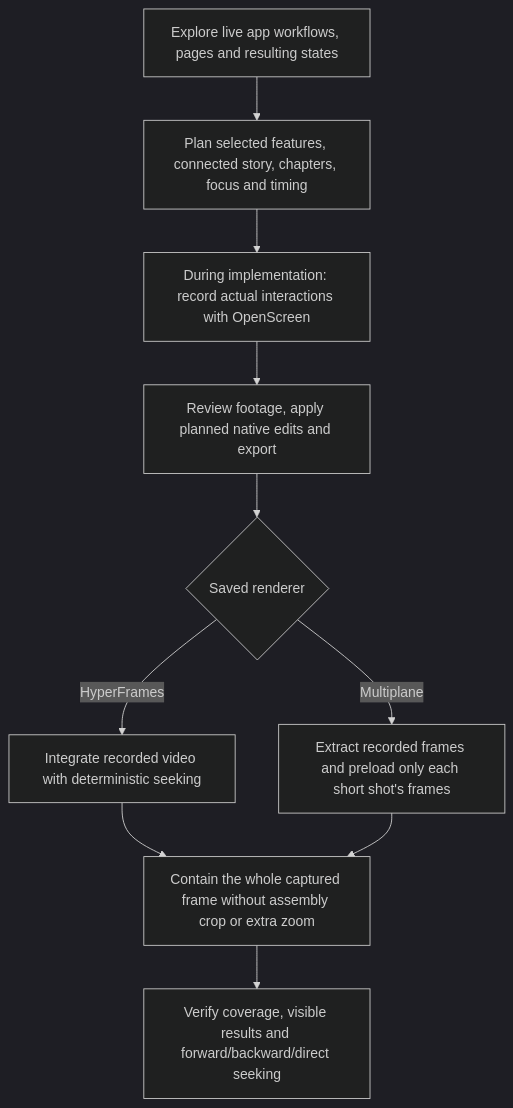
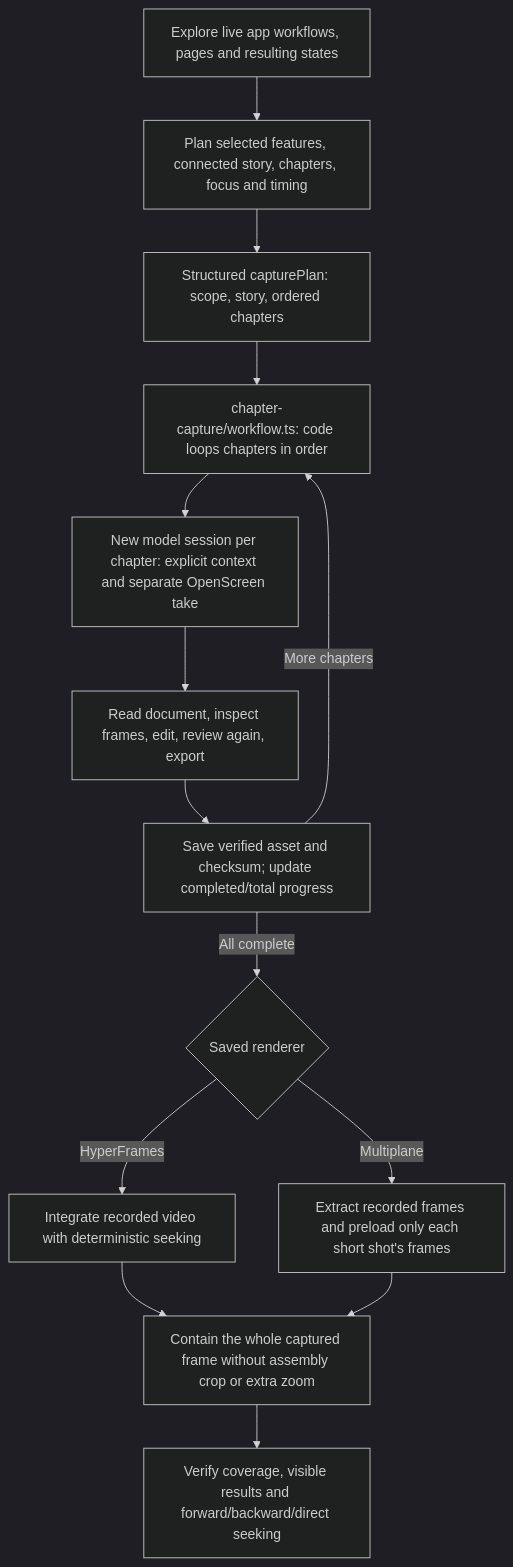
One commit to delexw/kiteva changed the seventh of 12 diagrams in docs/architecture.md. Above: the diagram before and after it, drawn with Mermaid (dark theme). The commit also changed 184 other files, not shown here.

````diff
--- a/docs/architecture.md
+++ b/docs/architecture.md
@@ -248,12 +248,16 @@
 ```mermaid
 flowchart TD
   Explore["Explore live app workflows, pages and resulting states"] --> Plan["Plan selected features, connected story, chapters, focus and timing"]
-  Plan --> Record["During implementation: record actual interactions with OpenScreen"]
-  Record --> Review["Review footage, apply planned native edits and export"]
-  Review --> Renderer{"Saved renderer"}
+  Plan --> JSON["Structured capturePlan: scope, story, ordered chapters"]
+  JSON --> Loop["chapter-capture/workflow.ts: code loops chapters in order"]
+  Loop --> Record["New model session per chapter: explicit context and separate OpenScreen take"]
+  Record --> Review["Read document, inspect frames, edit, review again, export"]
+  Review --> Checkpoint["Save verified asset and checksum; update completed/total progress"]
+  Checkpoint -->|More chapters| Loop
+  Checkpoint -->|All complete| Renderer{"Saved renderer"}
   Renderer -->|HyperFrames| Video["Integrate recorded video with deterministic seeking"]
   Renderer -->|Multiplane| Frames["Extract recorded frames and preload only each short shot's frames"]
   Video --> Fit["Contain the whole captured frame without assembly crop or extra zoom"]
   Frames --> Fit
   Fit --> Check["Verify coverage, visible results and forward/backward/direct seeking"]
 ```
````
